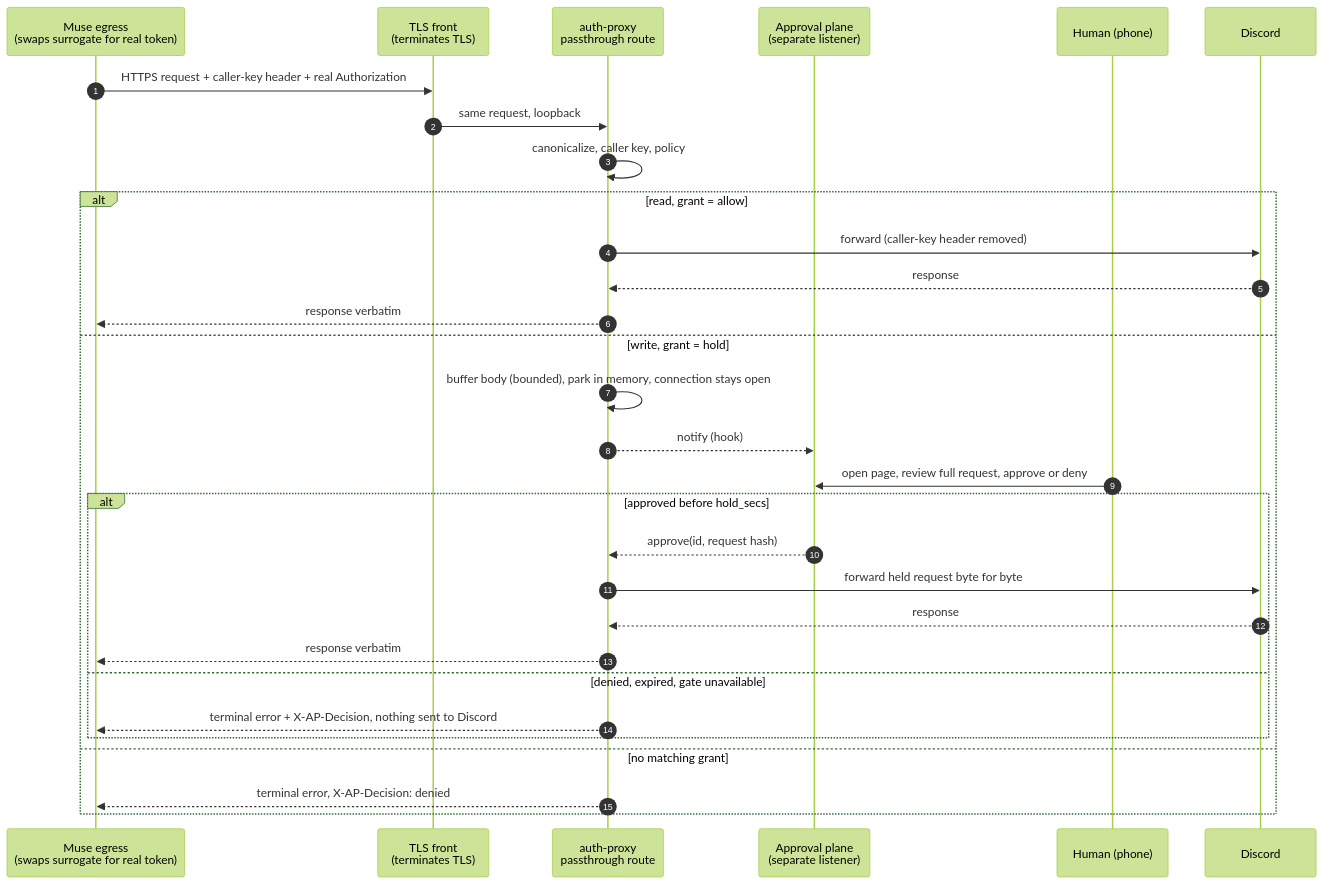
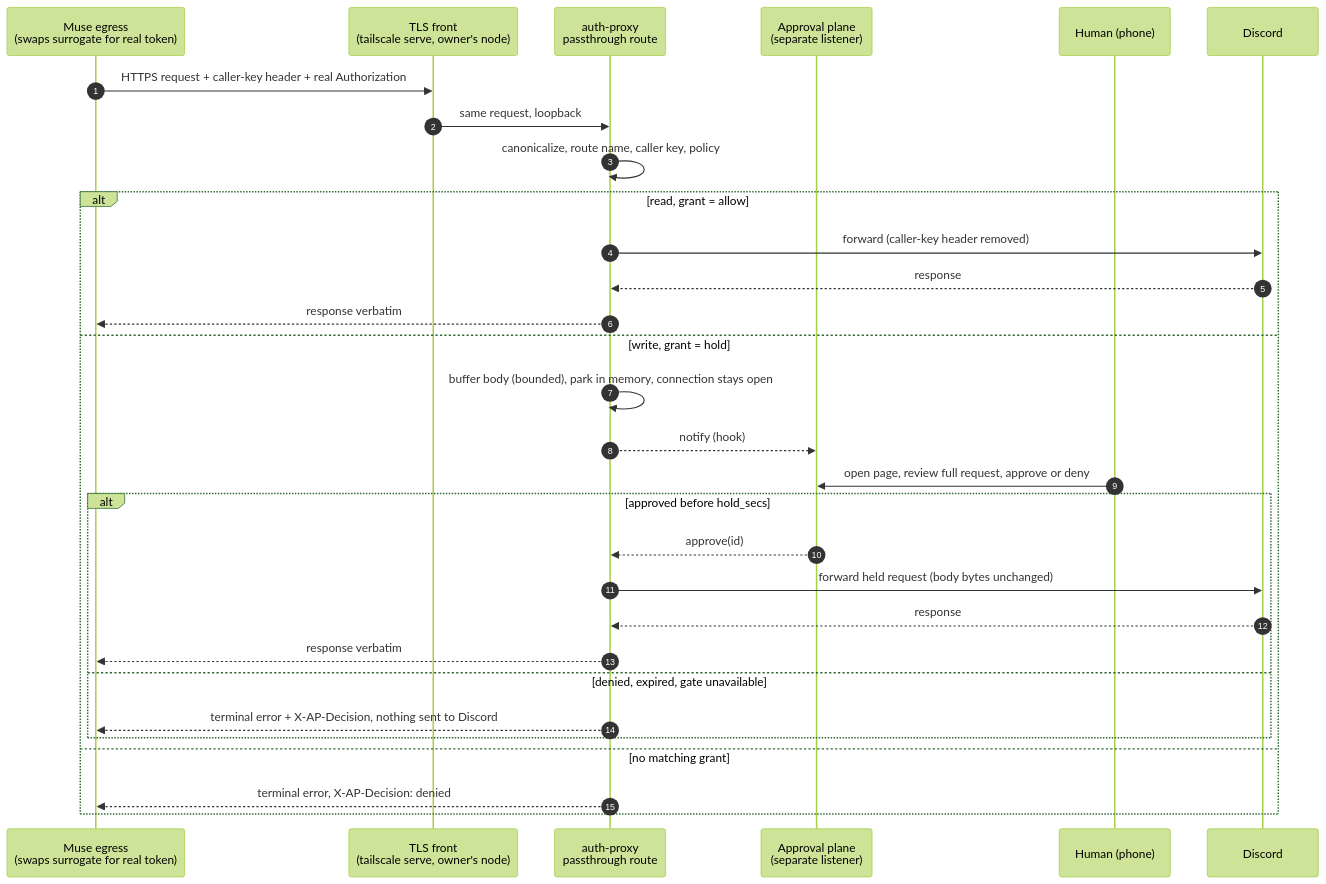
The diagram in docs/design/muse-gated-passthrough.md (openabdev/auth-proxy), drawn with Mermaid (forest theme) before and after one commit. The commit also changed other lines of this file, not shown here.

````diff
--- a/docs/design/muse-gated-passthrough.md
+++ b/docs/design/muse-gated-passthrough.md
@@ -43,33 +44,33 @@
 ```mermaid
 sequenceDiagram
     autonumber
     participant M as Muse egress<br/>(swaps surrogate for real token)
-    participant F as TLS front<br/>(terminates TLS)
+    participant F as TLS front<br/>(tailscale serve, owner's node)
     participant G as auth-proxy<br/>passthrough route
     participant A as Approval plane<br/>(separate listener)
     participant H as Human (phone)
     participant D as Discord
 
     M->>F: HTTPS request + caller-key header + real Authorization
     F->>G: same request, loopback
-    G->>G: canonicalize, caller key, policy
+    G->>G: canonicalize, route name, caller key, policy
     alt read, grant = allow
         G->>D: forward (caller-key header removed)
         D-->>G: response
         G-->>M: response verbatim
     else write, grant = hold
         G->>G: buffer body (bounded), park in memory, connection stays open
         G-->>A: notify (hook)
         H->>A: open page, review full request, approve or deny
         alt approved before hold_secs
-            A-->>G: approve(id, request hash)
-            G->>D: forward held request byte for byte
+            A-->>G: approve(id)
+            G->>D: forward held request (body bytes unchanged)
             D-->>G: response
             G-->>M: response verbatim
         else denied, expired, gate unavailable
             G-->>M: terminal error + X-AP-Decision, nothing sent to Discord
         end
     else no matching grant
         G-->>M: terminal error, X-AP-Decision: denied
     end
 ```
````
